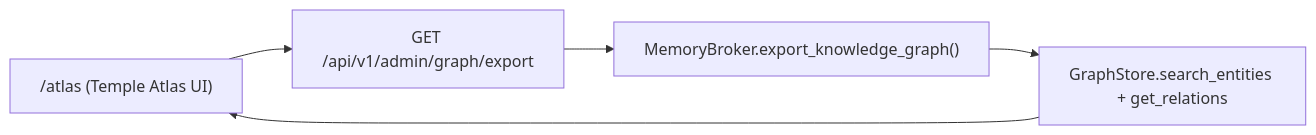
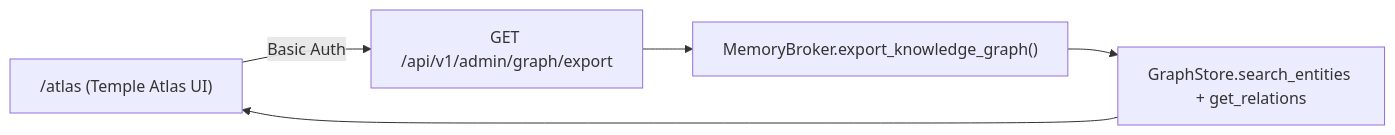
One commit to lanstalor/temple changed the fifth of 5 diagrams in docs/VISUALS.md. Above: the diagram before and after it, drawn with Mermaid. The commit also changed other lines of this file and 5 other files, not shown here.

First line of the commit message:
Update docs for LLM extraction, generalized ingest, and Atlas Basic Auth

````diff
--- a/docs/VISUALS.md
+++ b/docs/VISUALS.md
@@ -80,7 +80,7 @@
 ```mermaid
 flowchart LR
-    UI["/atlas (Temple Atlas UI)"] --> X["GET /api/v1/admin/graph/export"]
+    UI["/atlas (Temple Atlas UI)"] -->|Basic Auth| X["GET /api/v1/admin/graph/export"]
     X --> B["MemoryBroker.export_knowledge_graph()"]
     B --> GS["GraphStore.search_entities + get_relations"]
     GS --> UI
 ```
````
